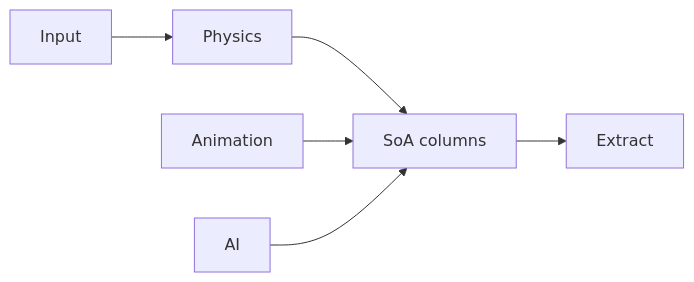
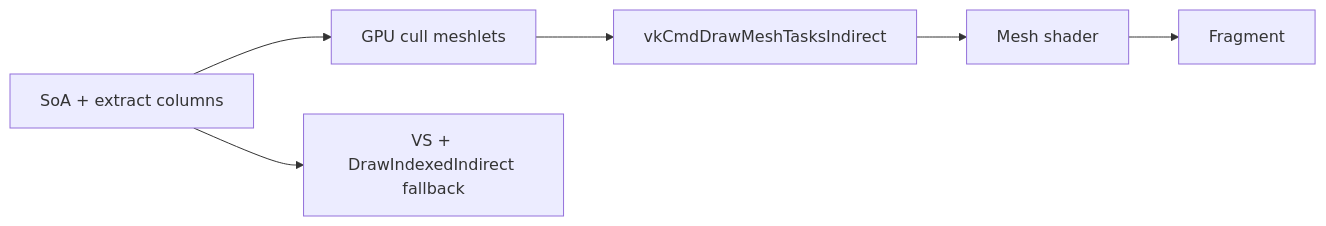
Before and after one commit to PluseggWill/SiriusEngine_VulkanReboot: diagram 12 of 13 in Docs/EngineArchitecture.md, drawn with Mermaid. The commit also changed other lines of this file and 22 other files, not shown here.

First line of the commit message:
[Docs][Cursor] Streamline roadmap, architecture, and agent workflow rules.

````diff
--- a/Docs/EngineArchitecture.md
+++ b/Docs/EngineArchitecture.md
@@ -445,14 +333,11 @@
 ```mermaid
 flowchart LR
-  TASK_INPUT[Input]
-  TASK_PHYSICS[Physics]
-  TASK_ANIMATION[Animation]
-  TASK_AI[AI]
-  TASK_SOA[SoA columns]
-  TASK_EXTRACT[Extract]
-  TASK_INPUT --> TASK_PHYSICS
-  TASK_PHYSICS --> TASK_SOA
-  TASK_ANIMATION --> TASK_SOA
-  TASK_AI --> TASK_SOA
-  TASK_SOA --> TASK_EXTRACT
+  SOA2[SoA + extract columns]
+  GC[GPU cull meshlets]
+  MT[vkCmdDrawMeshTasksIndirect]
+  MESH[Mesh shader]
+  FRAG[Fragment]
+  SOA2 --> GC --> MT --> MESH --> FRAG
+  FALL[VS + DrawIndexedIndirect fallback]
+  SOA2 --> FALL
 ```
````
